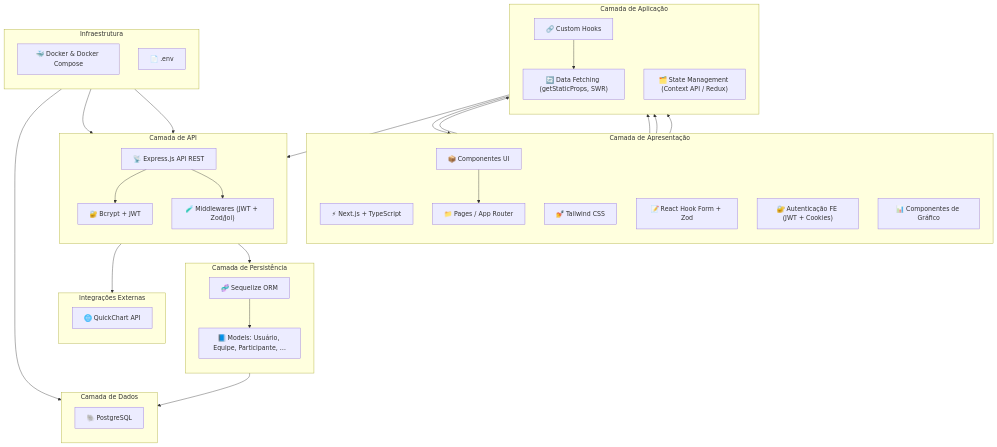
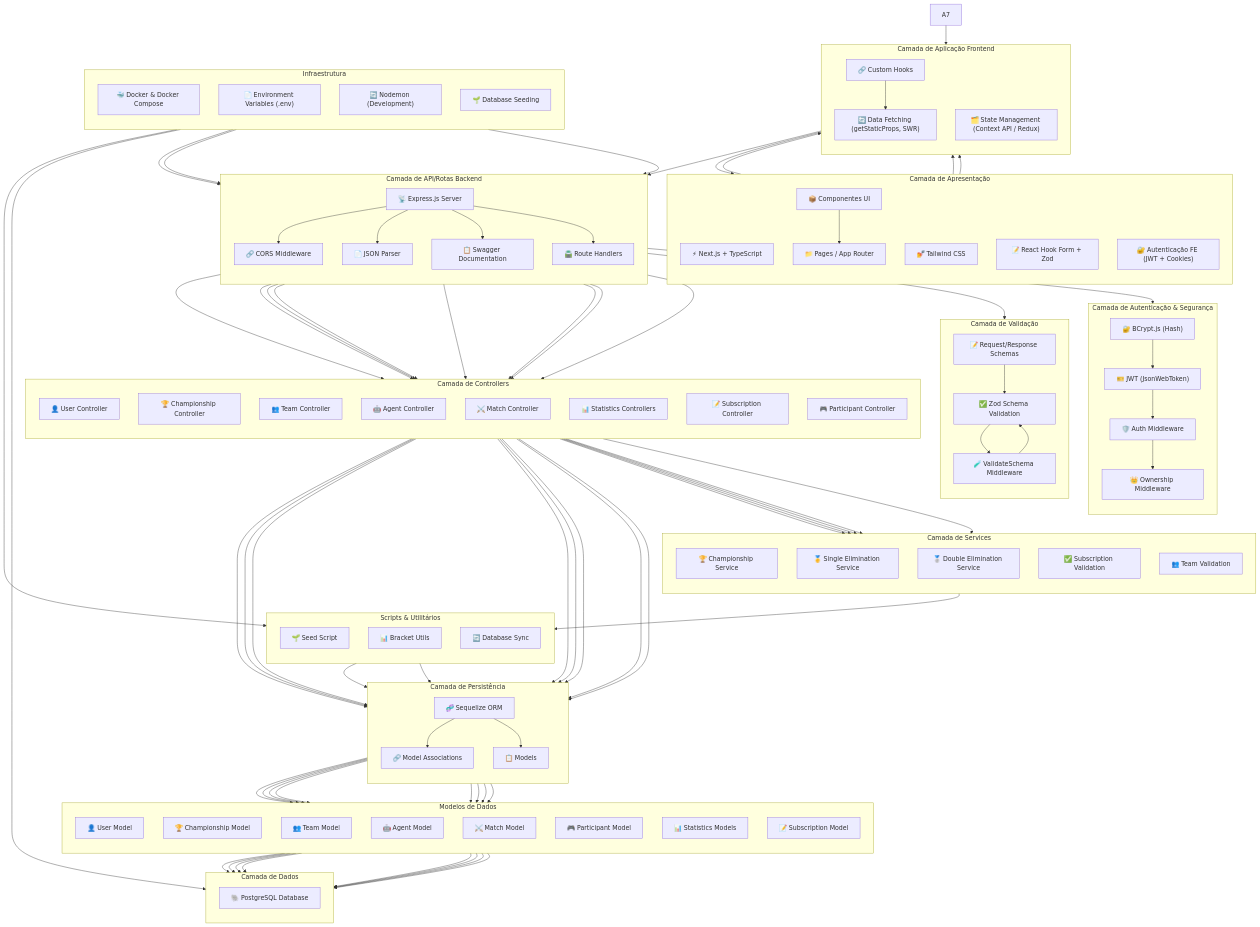
One commit to Matari73/GRUPO-A-CCE-AS66A changed the second of 2 diagrams in README.md. Above: the diagram before and after it, drawn with Mermaid. The commit also changed 1 other file, not shown here.

Commit message:
att: diagrama de arquitetura

````diff
--- a/README.md
+++ b/README.md
@@ -155,6 +155,6 @@
 ```mermaid
 flowchart TB
-  %% Camadas do Sistema
+  %% Camadas do Sistema Frontend (Repositório Separado)
   subgraph "Camada de Apresentação"
     direction TB
     A1["⚡ Next.js + TypeScript"]
@@ -163,46 +163,101 @@
     A4["📁 Pages / App Router"]
     A5["📝 React Hook Form + Zod"]
     A6["🔐 Autenticação FE (JWT + Cookies)"]
-    A7["📊 Componentes de Gráfico"]
   end
 
-  subgraph "Camada de Aplicação"
+  subgraph "Camada de Aplicação Frontend"
     direction TB
     B1["🔄 Data Fetching (getStaticProps, SWR)"]
     B2["🗂️ State Management (Context API / Redux)"]
     B3["🔗 Custom Hooks"]
   end
 
-  subgraph "Camada de API"
+  %% Camadas do Sistema Backend (Repositório Atual)
+  subgraph "Camada de API/Rotas Backend"
     direction TB
-    C1["📡 Express.js API REST"]
-    C2["🔐 Bcrypt + JWT"]
-    C3["🧪 Middlewares (JWT + Zod/Joi)"]
+    C1["📡 Express.js Server"]
+    C2["🔗 CORS Middleware"]
+    C3["📄 JSON Parser"]
+    C4["📋 Swagger Documentation"]
+    C5["🛣️ Route Handlers"]
+  end
+
+  subgraph "Camada de Autenticação & Segurança"
+    direction TB
+    D1["🔐 BCrypt.js (Hash)"]
+    D2["🎫 JWT (JsonWebToken)"]
+    D3["🛡️ Auth Middleware"]
+    D4["👑 Ownership Middleware"]
+  end
+
+  subgraph "Camada de Validação"
+    direction TB
+    E1["✅ Zod Schema Validation"]
+    E2["🧪 ValidateSchema Middleware"]
+    E3["📝 Request/Response Schemas"]
+  end
+
+  subgraph "Camada de Controllers"
+    direction TB
+    F1["👤 User Controller"]
+    F2["🏆 Championship Controller"]
+    F3["👥 Team Controller"]
+    F4["🤖 Agent Controller"]
+    F5["⚔️ Match Controller"]
+    F6["📊 Statistics Controllers"]
+    F7["📝 Subscription Controller"]
+    F8["🎮 Participant Controller"]
+  end
+
+  subgraph "Camada de Services"
+    direction TB
+    G1["🏆 Championship Service"]
+    G2["🥇 Single Elimination Service"]
+    G3["🥈 Double Elimination Service"]
+    G4["✅ Subscription Validation"]
+    G5["👥 Team Validation"]
   end
 
   subgraph "Camada de Persistência"
     direction TB
-    D1["🧬 Sequelize ORM"]
-    D2["📘 Models: Usuário, Equipe, Participante, …"]
+    H1["🧬 Sequelize ORM"]
+    H2["🔗 Model Associations"]
+    H3["📋 Models"]
+  end
+
+  subgraph "Modelos de Dados"
+    direction TB
+    I1["👤 User Model"]
+    I2["🏆 Championship Model"]
+    I3["👥 Team Model"]
+    I4["🤖 Agent Model"]
+    I5["⚔️ Match Model"]
+    I6["🎮 Participant Model"]
+    I7["📊 Statistics Models"]
+    I8["📝 Subscription Model"]
   end
 
   subgraph "Camada de Dados"
     direction TB
-    E1["🐘 PostgreSQL"]
+    J1["🐘 PostgreSQL Database"]
   end
 
   subgraph "Infraestrutura"
     direction TB
-    F1["🐳 Docker & Docker Compose"]
-    F2["📄 .env"]
+    K1["🐳 Docker & Docker Compose"]
+    K2["📄 Environment Variables (.env)"]
+    K3["🔄 Nodemon (Development)"]
+    K4["🌱 Database Seeding"]
   end
 
-  subgraph "Integrações Externas"
+  subgraph "Scripts & Utilitários"
     direction TB
-    G1["🌐 QuickChart API"]
+    L1["🌱 Seed Script"]
+    L2["📊 Bracket Utils"]
+    L3["🔄 Database Sync"]
   end
 
-  %% Fluxos
+  %% Fluxos Frontend para Backend
   A4 --> B1
   A3 --> A4
   A5 --> B1
@@ -211,13 +266,92 @@
   B1 --> C1
   B2 --> A4
   B3 --> B1
+
+  %% Fluxos Internos do Backend
   C1 --> C2
   C1 --> C3
-  C1 --> D1
-  C1 --> G1
+  C1 --> C4
+  C1 --> C5
+  C5 --> D3
+  C5 --> E2
+  D3 --> D4
+  E2 --> E1
+
+  %% Controllers e Services
+  C5 --> F1
+  C5 --> F2
+  C5 --> F3
+  C5 --> F4
+  C5 --> F5
+  C5 --> F6
+  C5 --> F7
+  C5 --> F8
+
+  F1 --> G4
+  F2 --> G1
+  F3 --> G5
+  F5 --> G2
+  F5 --> G3
+  G1 --> L2
+
+  %% Persistência
+  F1 --> H1
+  F2 --> H1
+  F3 --> H1
+  F4 --> H1
+  F5 --> H1
+  F6 --> H1
+  F7 --> H1
+  F8 --> H1
+
+  H1 --> H2
+  H1 --> H3
+  H3 --> I1
+  H3 --> I2
+  H3 --> I3
+  H3 --> I4
+  H3 --> I5
+  H3 --> I6
+  H3 --> I7
+  H3 --> I8
+
+  %% Banco de Dados
+  I1 --> J1
+  I2 --> J1
+  I3 --> J1
+  I4 --> J1
+  I5 --> J1
+  I6 --> J1
+  I7 --> J1
+  I8 --> J1
+
+  %% Infraestrutura
+  K1 --> C1
+  K1 --> J1
+  K2 --> C1
+  K3 --> C1
+  K4 --> L1
+  L1 --> H1
+  L3 --> H1
+
+  %% Autenticação e Segurança
   D1 --> D2
-  D2 --> E1
-  F1 --> C1
-  F1 --> E1
-  F2 --> C1
+  D2 --> D3
+
+  %% Validação
+  E3 --> E1
+  E1 --> E2
+
+
+  class A1,A2,A3,A4,A5,A6,A7 frontendLayer
+  class B1,B2,B3 frontendAppLayer
+  class C1,C2,C3,C4,C5 apiLayer
+  class D1,D2,D3,D4 authLayer
+  class E1,E2,E3 validationLayer
+  class F1,F2,F3,F4,F5,F6,F7,F8 controllerLayer
+  class G1,G2,G3,G4,G5,G6 serviceLayer
+  class H1,H2,H3,I1,I2,I3,I4,I5,I6,I7,I8 persistenceLayer
+  class J1 dataLayer
+  class K1,K2,K3,K4,L1,L2,L3 infraLayer
+  class M1,M2 externalLayer
 ```
````
